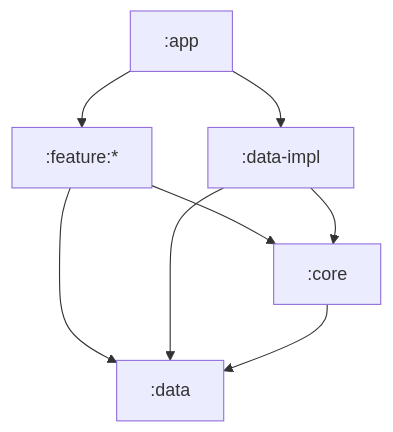
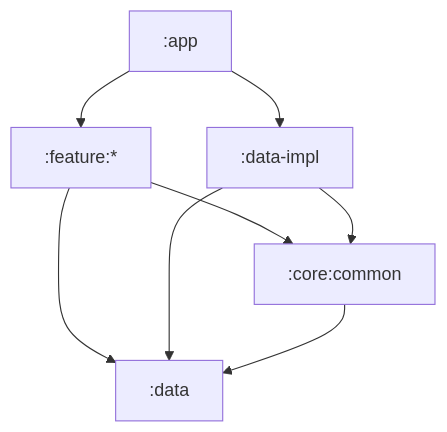
One commit to NUmeroAndDev/AppProjectTemplate-android changed the diagram in README.md. Above: the diagram before and after it, drawn with Mermaid. The commit also changed 12 other files, not shown here.

Commit message:
Moved :core to :core:common

````diff
--- a/README.md
+++ b/README.md
@@ -8,10 +8,10 @@
 ```mermaid
   graph TD;
       :app-->:feature:*;
       :app-->:data-impl;
       :feature:*-->:data;
-      :feature:*-->:core;
+      :feature:*-->:core:common;
       :data-impl-->:data;
-      :data-impl-->:core;
-      :core-->:data;
+      :data-impl-->:core:common;
+      :core:common-->:data;
 ```
````
